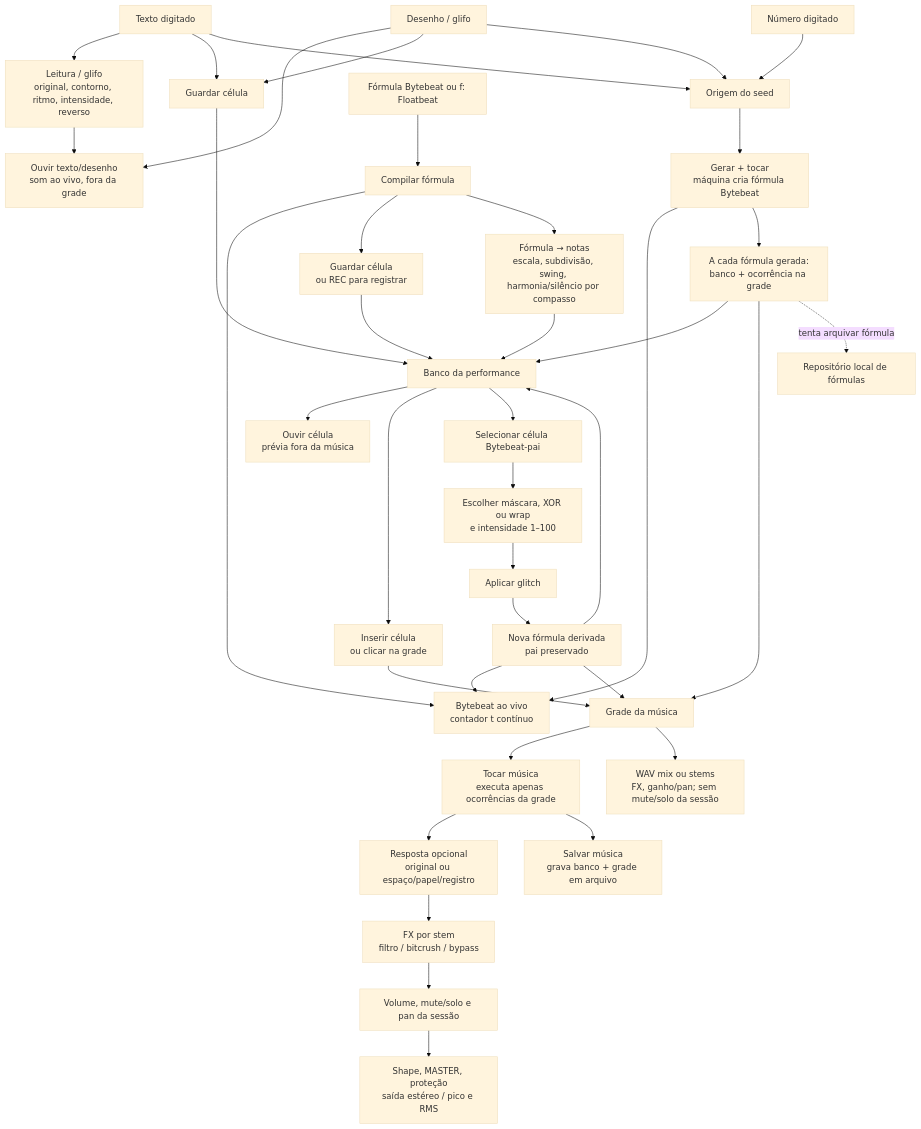
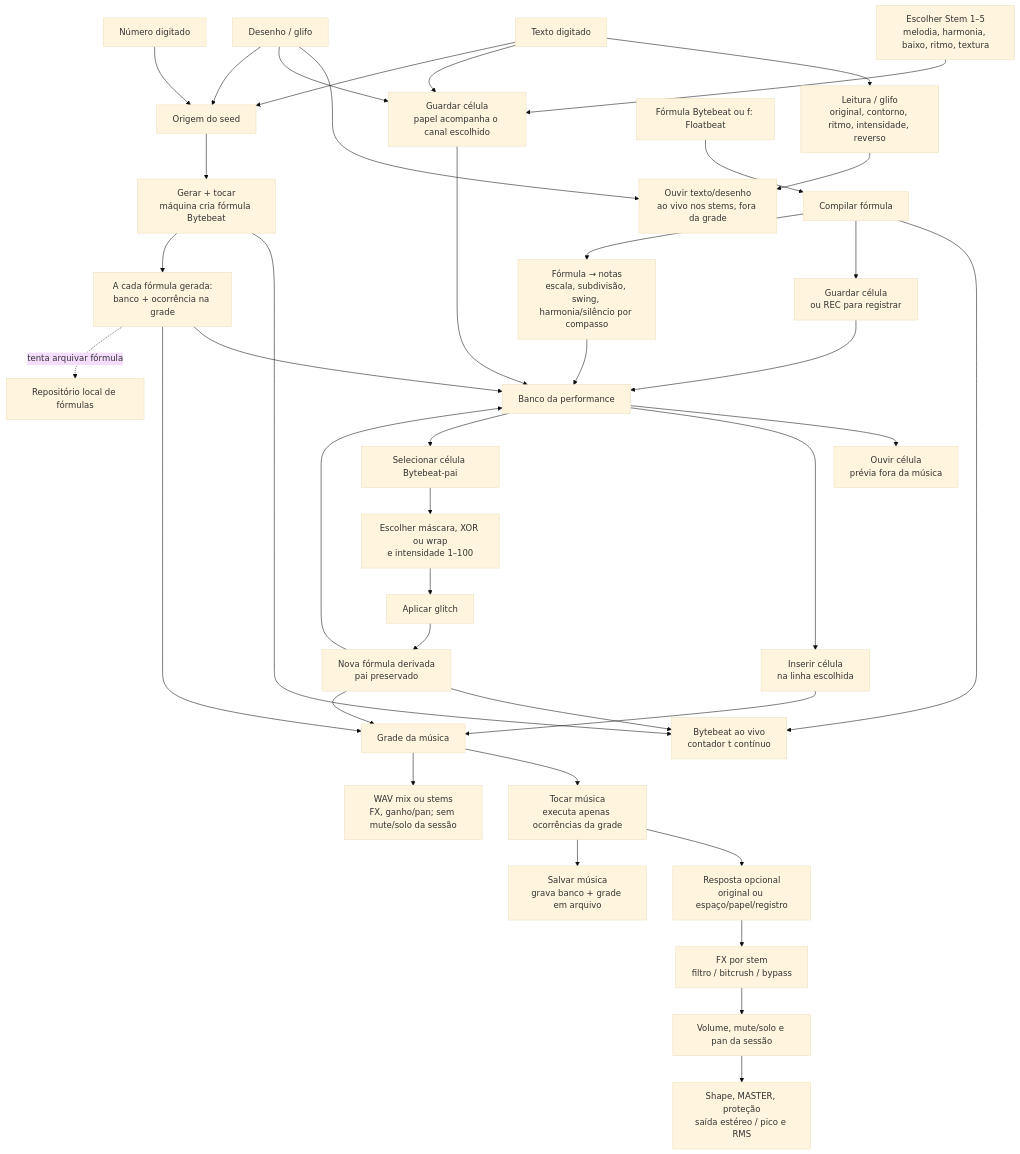
One commit to lucioaraujo/risco changed the diagram in FLUXO_DE_USO.md. Above: the diagram before and after it, drawn with Mermaid (base theme). The commit also changed other lines of this file and 29 other files, not shown here.

````diff
--- a/FLUXO_DE_USO.md
+++ b/FLUXO_DE_USO.md
@@ -12,43 +12,44 @@
 ```mermaid
 flowchart TD
     TXT[Texto digitado] --> READ[Leitura / glifo<br/>original, contorno, ritmo, intensidade, reverso]
-    READ --> LIVE[Ouvir texto/desenho<br/>som ao vivo, fora da grade]
+    READ --> LIVE[Ouvir texto/desenho<br/>ao vivo nos stems, fora da grade]
     DRAW[Desenho / glifo] --> LIVE
-    TXT --> SAVEINPUT[Guardar célula]
+    DEST[Escolher Stem 1–5<br/>melodia, harmonia, baixo, ritmo, textura] --> SAVEINPUT
+    TXT --> SAVEINPUT[Guardar célula<br/>papel acompanha o canal escolhido]
     DRAW --> SAVEINPUT
     SAVEINPUT --> BANK[Banco da performance]
     BANK --> PREVIEW[Ouvir célula<br/>prévia fora da música]
-    BANK --> PLACE[Inserir célula<br/>ou clicar na grade]
+    BANK --> PLACE[Inserir célula<br/>na linha escolhida]
 
     TXT --> SEED[Origem do seed]
     DRAW --> SEED
     NUM[Número digitado] --> SEED
     SEED --> GEN[Gerar + tocar<br/>máquina cria fórmula Bytebeat]
     GEN --> FORMULA_LIVE[Bytebeat ao vivo<br/>contador t contínuo]
     GEN --> AUTO_SAVE[A cada fórmula gerada:<br/>banco + ocorrência na grade]
     AUTO_SAVE --> BANK
     AUTO_SAVE --> GRID[Grade da música]
     BANK --> PARENT[Selecionar célula Bytebeat-pai]
     PARENT --> GLITCH[Escolher máscara, XOR ou wrap<br/>e intensidade 1–100]
     GLITCH --> APPLY_GLITCH[Aplicar glitch]
     APPLY_GLITCH --> DERIVED[Nova fórmula derivada<br/>pai preservado]
     DERIVED --> FORMULA_LIVE
     DERIVED --> BANK
     DERIVED --> GRID
     FORMULA[Fórmula Bytebeat ou f: Floatbeat] --> COMPILE[Compilar fórmula]
     COMPILE --> FORMULA_LIVE
     COMPILE --> SAVEFORM[Guardar célula<br/>ou REC para registrar]
     SAVEFORM --> BANK
     COMPILE --> NOTES[Fórmula → notas<br/>escala, subdivisão, swing, harmonia/silêncio por compasso]
     NOTES --> BANK
 
     PLACE --> GRID
     GRID --> SONG[Tocar música<br/>executa apenas ocorrências da grade]
     SONG --> RESPONSE[Resposta opcional<br/>original ou espaço/papel/registro]
     RESPONSE --> FX[FX por stem<br/>filtro / bitcrush / bypass]
     FX --> FADERS[Volume, mute/solo e pan da sessão]
     FADERS --> MIX[Shape, MASTER, proteção<br/>saída estéreo / pico e RMS]
     GRID --> EXPORT[WAV mix ou stems<br/>FX, ganho/pan; sem mute/solo da sessão]
     SONG --> FILE[Salvar música<br/>grava banco + grade em arquivo]
     AUTO_SAVE -. tenta arquivar fórmula .-> REPO[Repositório local de fórmulas]
 ```
````
